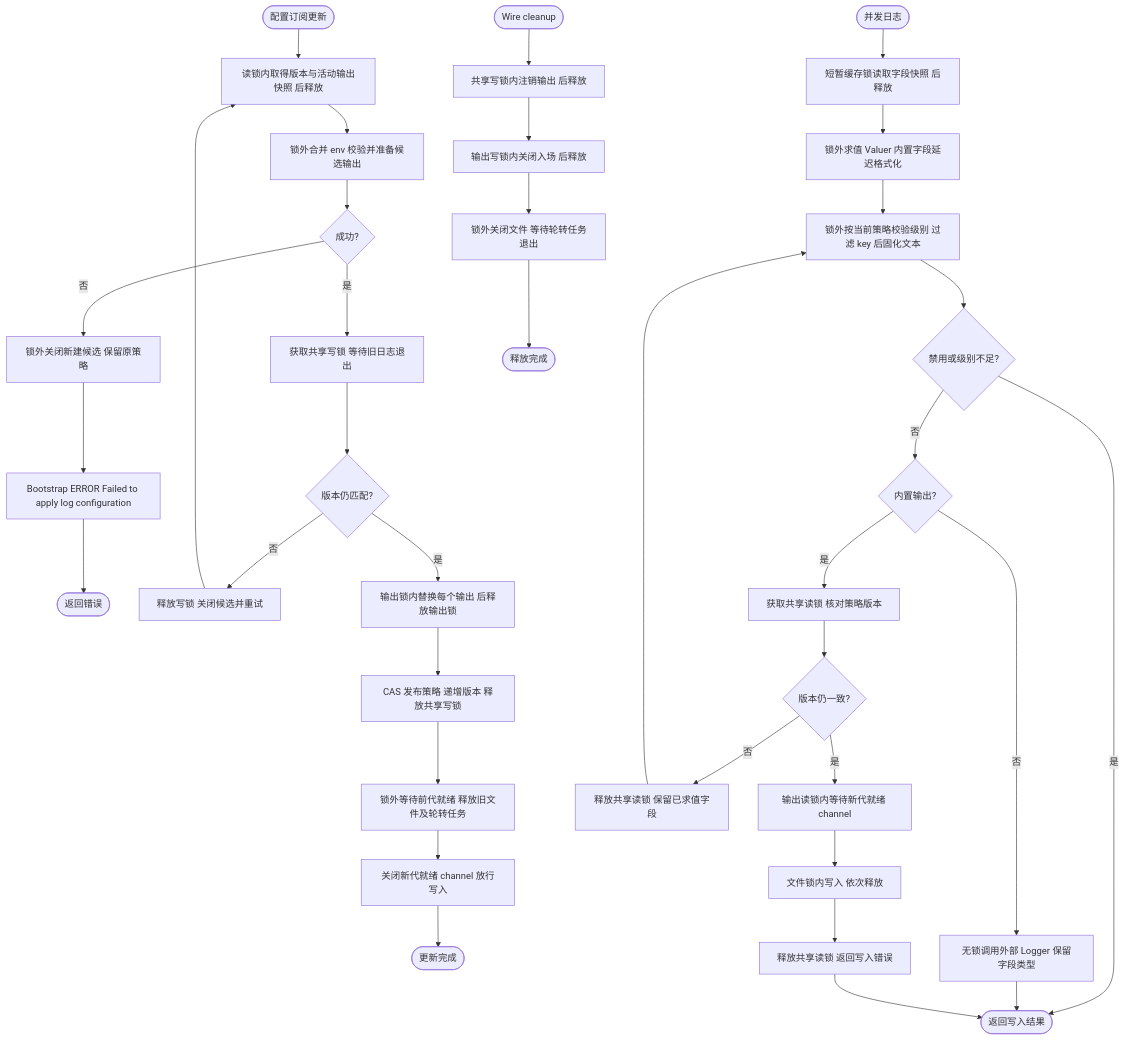
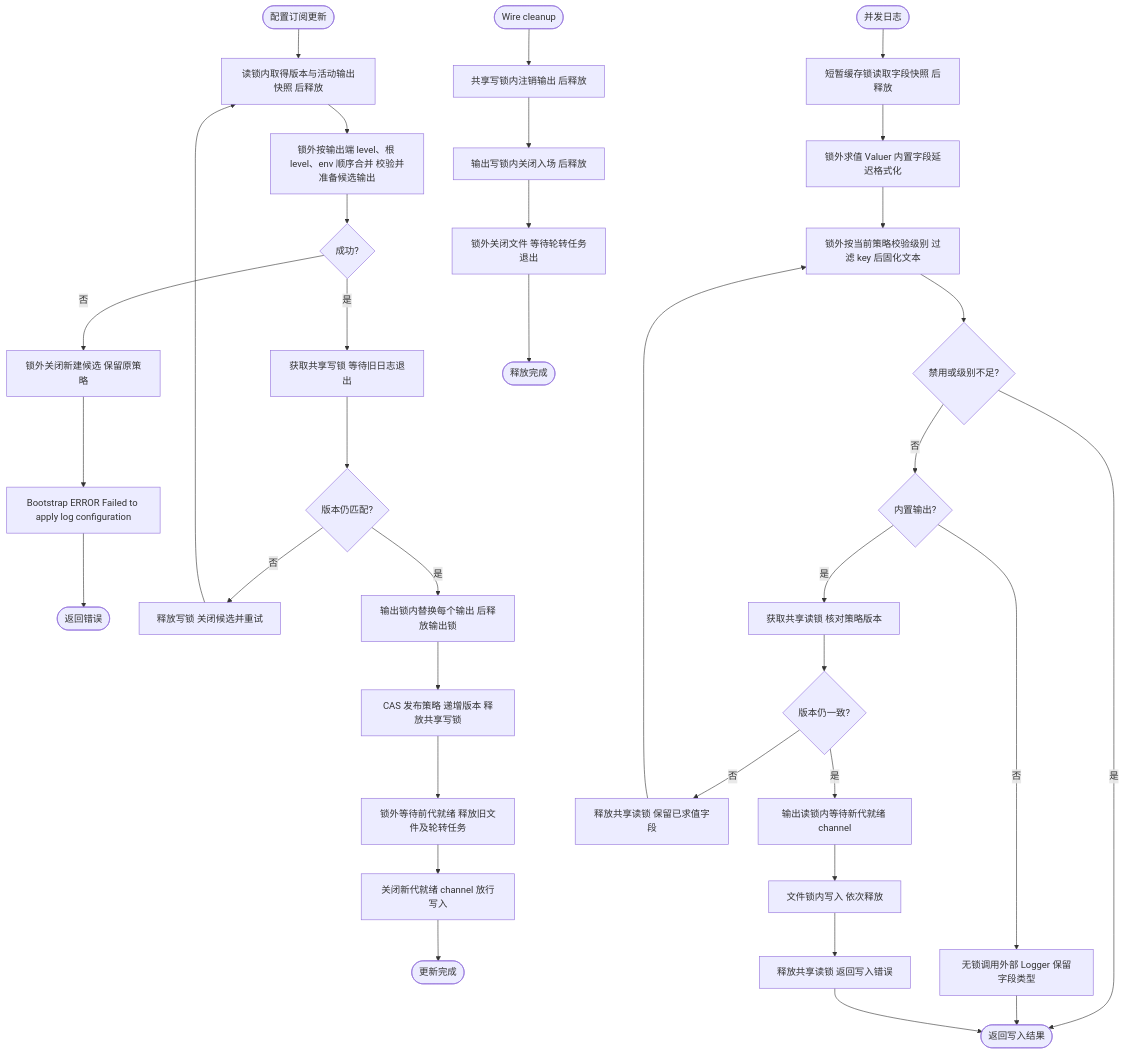
The first of 6 diagrams in pkg/log/README.md (jaggerzhuang1994/kratos-foundation), drawn with Mermaid before and after one commit. The commit also changed other lines of this file and 11 other files, not shown here.

````diff
--- a/pkg/log/README.md
+++ b/pkg/log/README.md
@@ -83,38 +82,38 @@
 ```mermaid
 flowchart TD
     A([配置订阅更新]) --> B[读锁内取得版本与活动输出快照 后释放]
-    B --> C[锁外合并 env 校验并准备候选输出]
+    B --> C[锁外按输出端 level、根 level、env 顺序合并 校验并准备候选输出]
     C --> D{成功?}
     D -- 否 --> E[锁外关闭新建候选 保留原策略]
     E --> W[Bootstrap ERROR Failed to apply log configuration]
     W --> Z([返回错误])
     D -- 是 --> F[获取共享写锁 等待旧日志退出]
     F --> G{版本仍匹配?}
     G -- 否 --> H[释放写锁 关闭候选并重试]
     H --> B
     G -- 是 --> I[输出锁内替换每个输出 后释放输出锁]
     I --> J[CAS 发布策略 递增版本 释放共享写锁]
     J --> K[锁外等待前代就绪 释放旧文件及轮转任务]
     K --> KA[关闭新代就绪 channel 放行写入]
     KA --> L([更新完成])
     R([并发日志]) --> R1[短暂缓存锁读取字段快照 后释放]
     R1 --> R2[锁外求值 Valuer 内置字段延迟格式化]
     R2 --> R3[锁外按当前策略校验级别 过滤 key 后固化文本]
     R3 --> R4{禁用或级别不足?}
     R4 -- 是 --> V([返回写入结果])
     R4 -- 否 --> R5{内置输出?}
     R5 -- 否 --> R6[无锁调用外部 Logger 保留字段类型]
     R6 --> V
     R5 -- 是 --> S[获取共享读锁 核对策略版本]
     S --> S1{版本仍一致?}
     S1 -- 否 --> S2[释放共享读锁 保留已求值字段]
     S2 --> R3
     S1 -- 是 --> SA[输出读锁内等待新代就绪 channel]
     SA --> T[文件锁内写入 依次释放]
     T --> U[释放共享读锁 返回写入错误]
     U --> V
     X([Wire cleanup]) --> Y[共享写锁内注销输出 后释放]
     Y --> AA[输出写锁内关闭入场 后释放]
     AA --> AB[锁外关闭文件 等待轮转任务退出]
     AB --> AC([释放完成])
 ```
````
